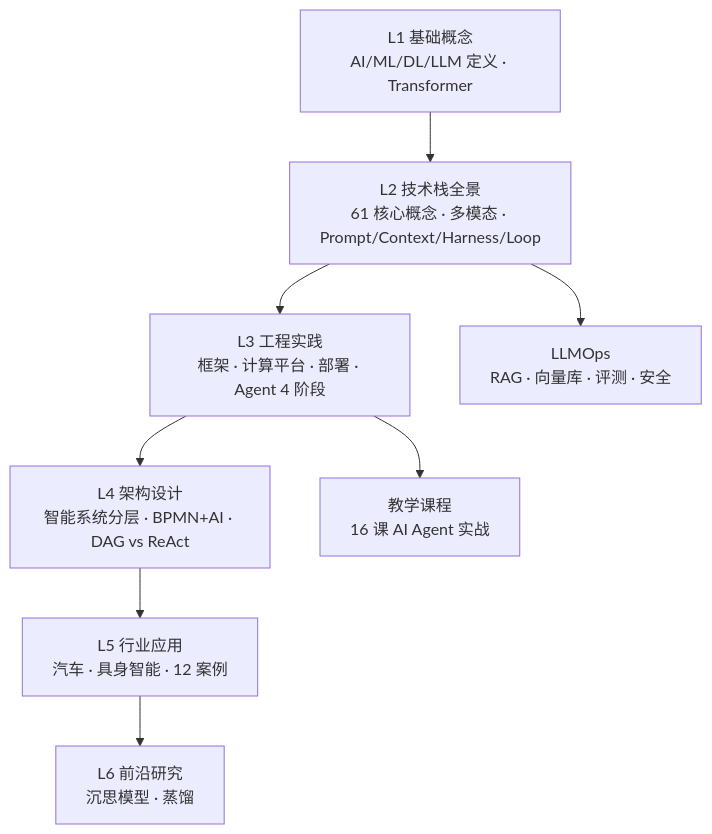
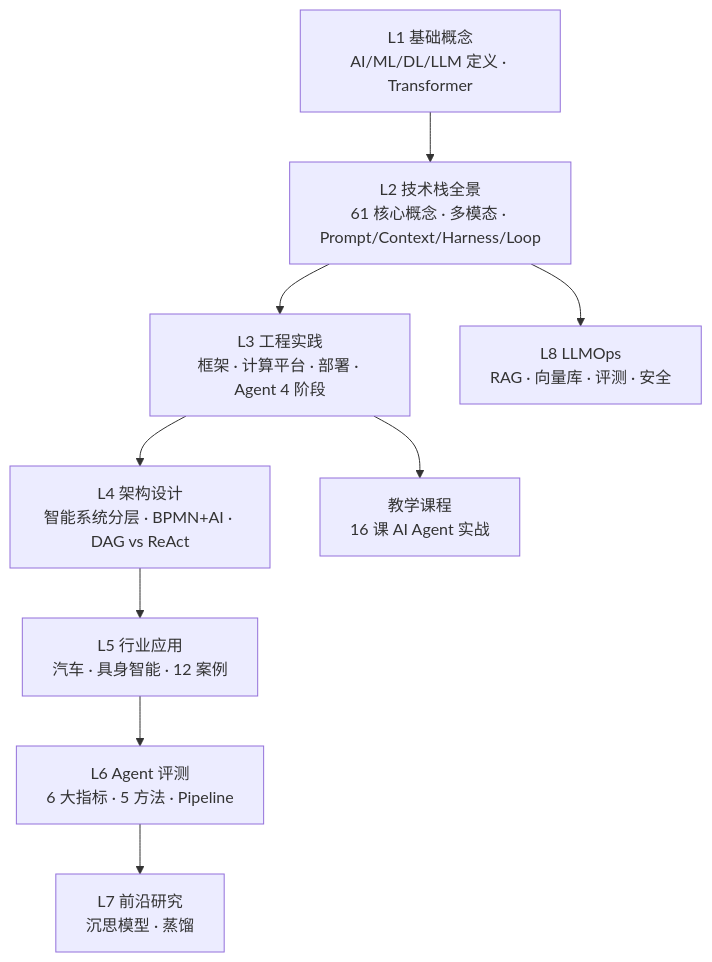
One commit to wb04307201/wb04307201 changed the diagram in note/11.ai/README.md. Above: the diagram before and after it, drawn with Mermaid. The commit also changed other lines of this file, not shown here.

First line of the commit message:
refactor(11.ai): 编号顺延 05-agent-evaluation→06 / 06-research→07 / 07-llmops→08

````diff
--- a/note/11.ai/README.md
+++ b/note/11.ai/README.md
@@ -45,10 +46,11 @@
 ```mermaid
 graph TD
     L1["L1 基础概念<br/>AI/ML/DL/LLM 定义 · Transformer"] --> L2["L2 技术栈全景<br/>61 核心概念 · 多模态 · Prompt/Context/Harness/Loop"]
     L2 --> L3["L3 工程实践<br/>框架 · 计算平台 · 部署 · Agent 4 阶段"]
     L3 --> L4["L4 架构设计<br/>智能系统分层 · BPMN+AI · DAG vs ReAct"]
     L4 --> L5["L5 行业应用<br/>汽车 · 具身智能 · 12 案例"]
-    L5 --> L6["L6 前沿研究<br/>沉思模型 · 蒸馏"]
-    L2 --> L7["LLMOps<br/>RAG · 向量库 · 评测 · 安全"]
+    L5 --> L6["L6 Agent 评测<br/>6 大指标 · 5 方法 · Pipeline"]
+    L6 --> L7["L7 前沿研究<br/>沉思模型 · 蒸馏"]
+    L2 --> L8["L8 LLMOps<br/>RAG · 向量库 · 评测 · 安全"]
     L3 --> Training["教学课程<br/>16 课 AI Agent 实战"]
 ```
````
